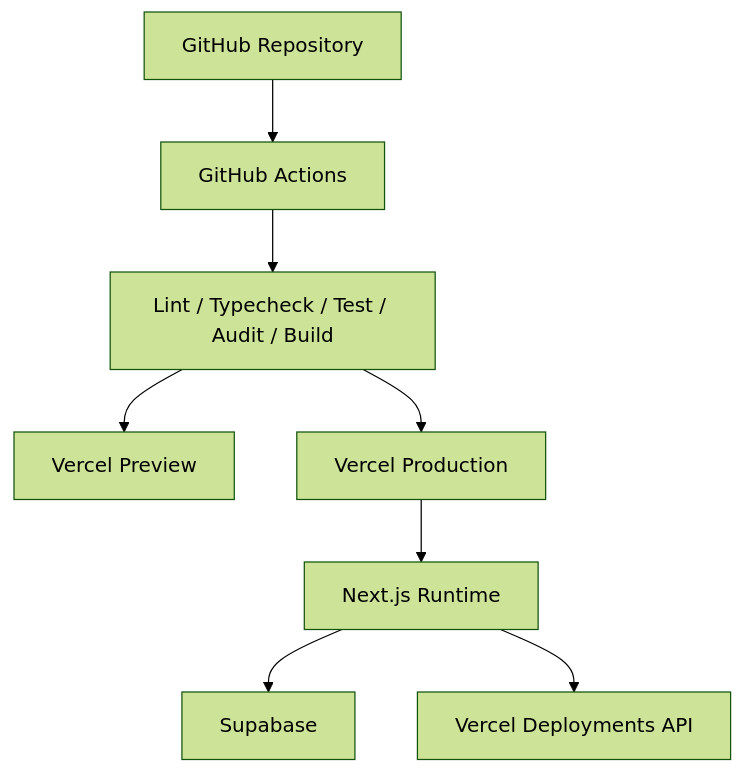
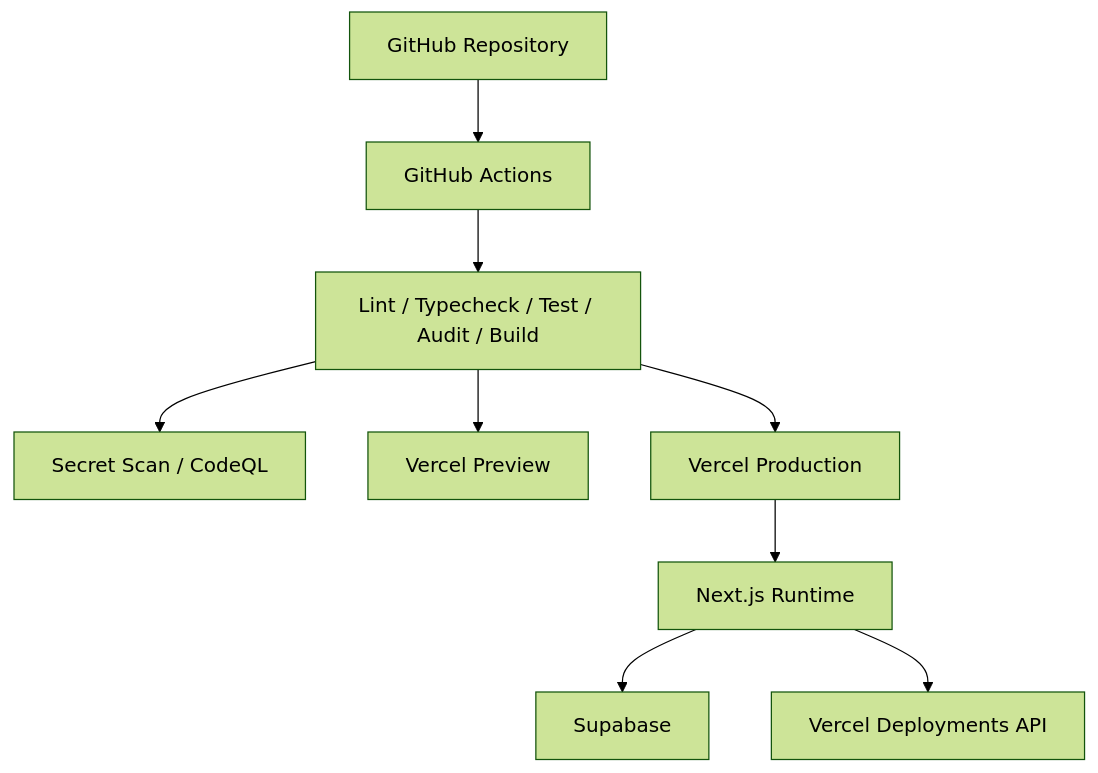
Before and after one commit to obone410/Aegis-Monitor: the second of 3 diagrams in README.md, drawn with Mermaid (forest theme). The commit also changed other lines of this file and 9 other files, not shown here.

````diff
--- a/README.md
+++ b/README.md
@@ -49,10 +51,11 @@
 ```mermaid
 flowchart TB
   GitHub["GitHub Repository"] --> Actions["GitHub Actions"]
   Actions --> Gates["Lint / Typecheck / Test / Audit / Build"]
+  Gates --> Security["Secret Scan / CodeQL"]
   Gates --> Preview["Vercel Preview"]
   Gates --> Production["Vercel Production"]
   Production --> Runtime["Next.js Runtime"]
   Runtime --> Supabase["Supabase"]
   Runtime --> VercelAPI["Vercel Deployments API"]
 ```
````
